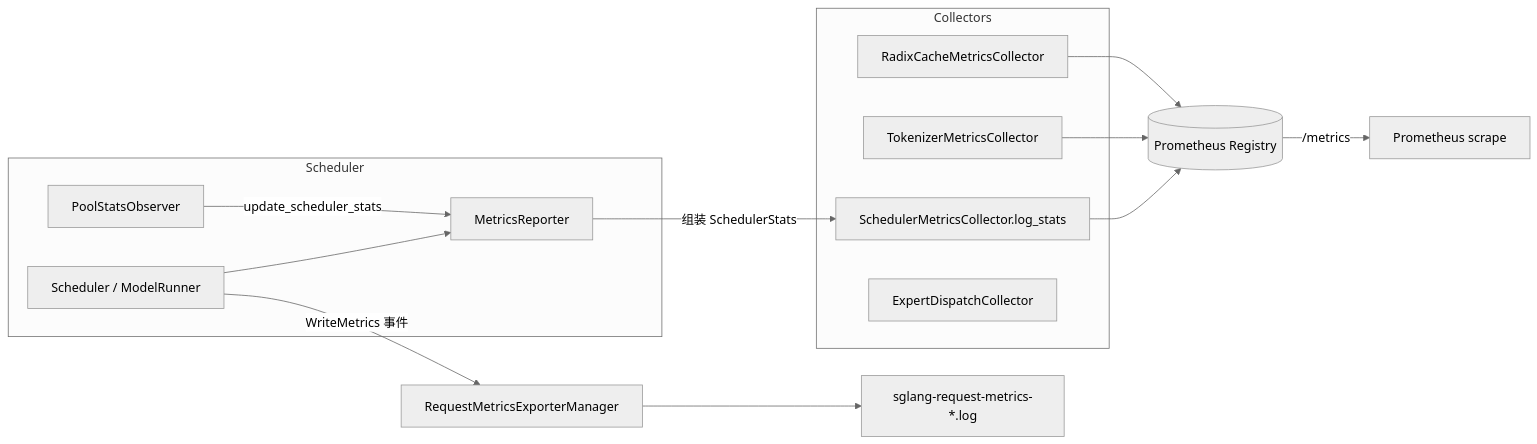
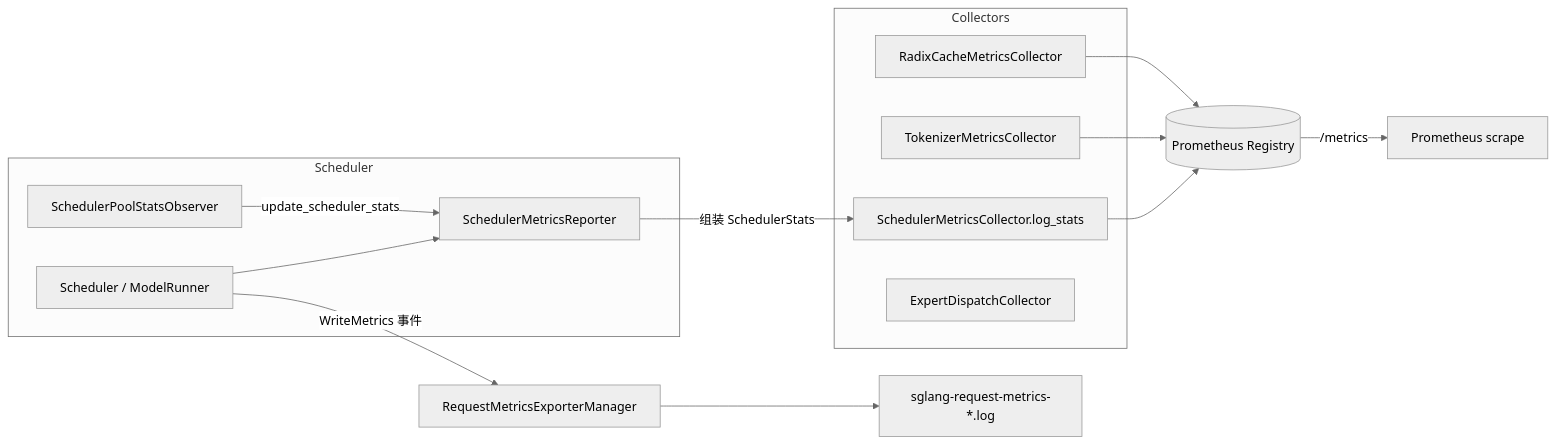
The diagram in docs/deep-dive/observability.md (KimmoZAG/sglangReading), drawn with Mermaid (neutral theme) before and after one commit. The commit also changed other lines of this file and 12 other files, not shown here.

````diff
--- a/docs/deep-dive/observability.md
+++ b/docs/deep-dive/observability.md
@@ -15,23 +15,23 @@
 ```mermaid
 flowchart LR
     subgraph Scheduler
         SR[Scheduler / ModelRunner]
-        MR[MetricsReporter]
-        PS[PoolStatsObserver]
+        MR[SchedulerMetricsReporter]
+        PS[SchedulerPoolStatsObserver]
     end
     SR --> MR
     PS -->|update_scheduler_stats| MR
     MR -->|组装 SchedulerStats| SC[SchedulerMetricsCollector.log_stats]
     SR -->|WriteMetrics 事件| EX[RequestMetricsExporterManager]
     subgraph Collectors
         SC
         TKC[TokenizerMetricsCollector]
         RMC[RadixCacheMetricsCollector]
         EDC[ExpertDispatchCollector]
     end
     SC --> REG[(Prometheus Registry)]
     TKC --> REG
     RMC --> REG
     EX --> FILE[sglang-request-metrics-*.log]
     REG -->|/metrics| PROM[Prometheus scrape]
 ```
````
